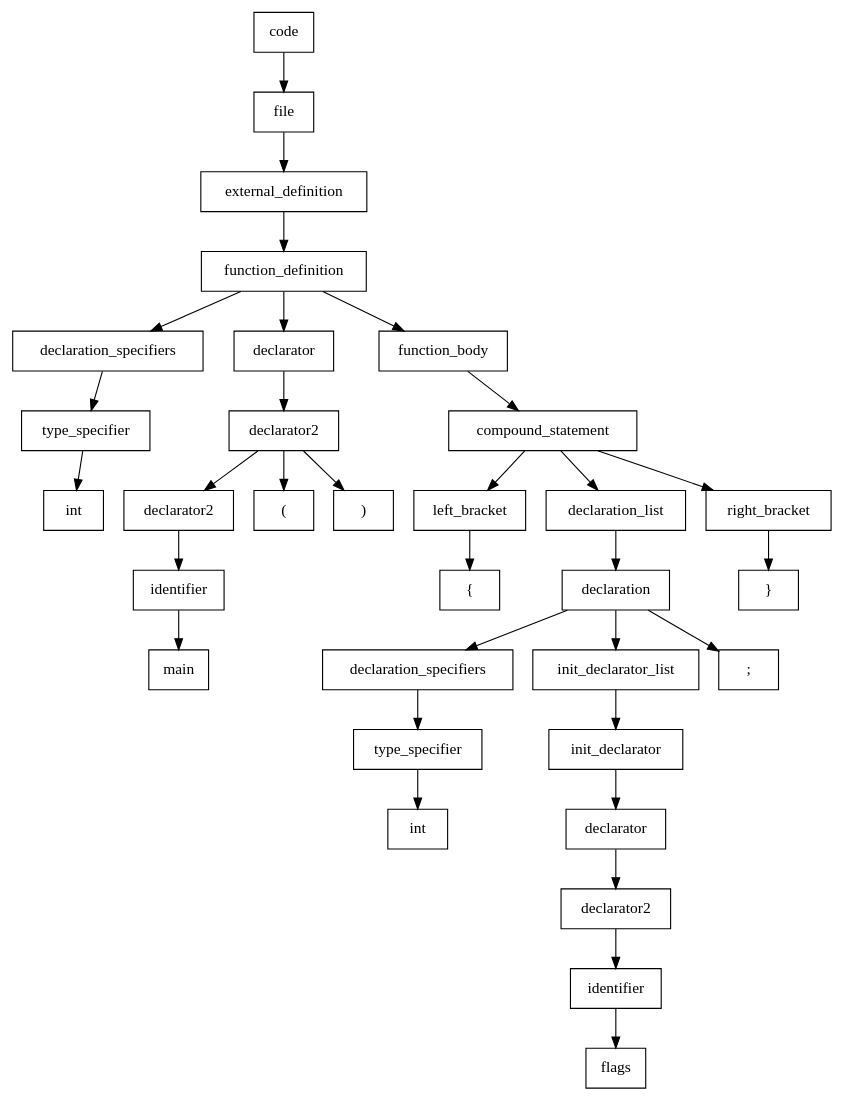
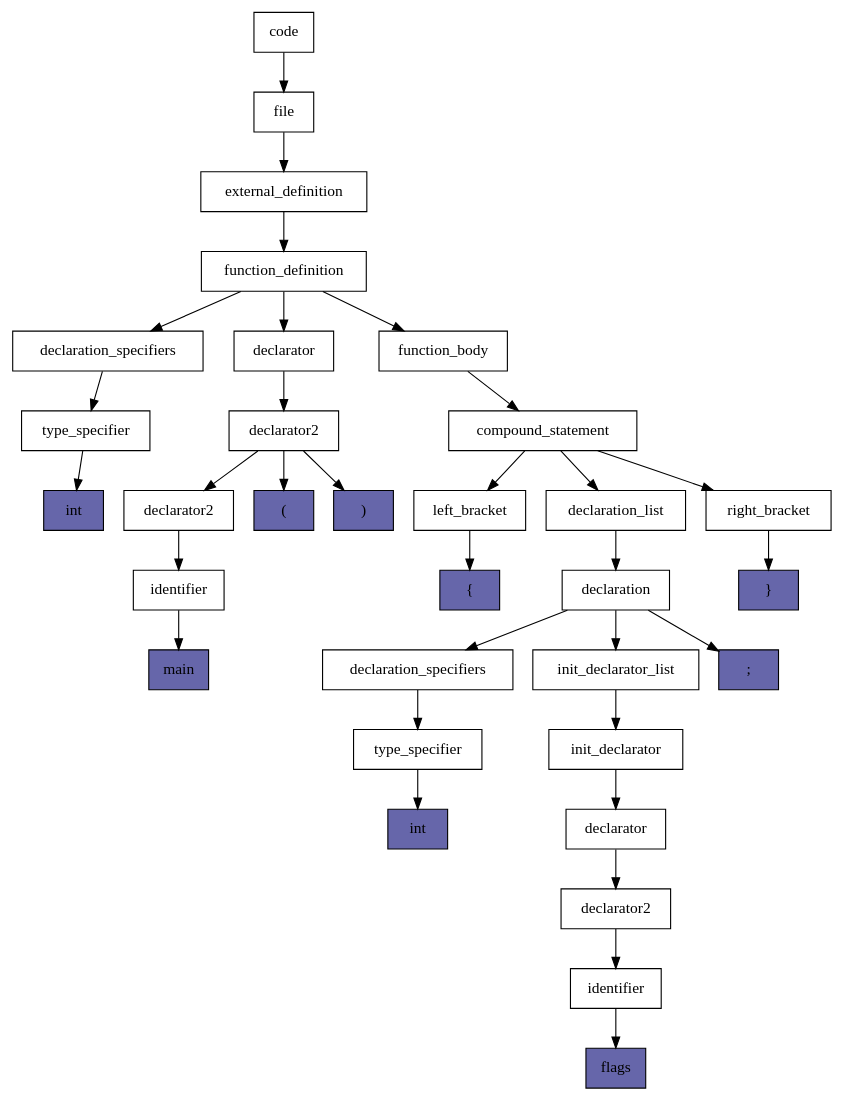
One commit to timtadh/pyflow changed the diagram in AST.dot. Above: the diagram before and after it, drawn with Graphviz. The commit also changed 8 other files, not shown here.

First line of the commit message:
Now automatically generates a PDF from graphviz.

```diff
--- a/AST.dot
+++ b/AST.dot
@@ -1,108 +1,108 @@
 digraph AST {
     node [shape=box];
     {
         rank=same; 
         1 [label=code];
     }
     {
         rank=same; 
         2 [label=file];
     }
     {
         rank=same; 
         3 [label=external_definition];
     }
     {
         rank=same; 
         4 [label=function_definition];
     }
     {
         rank=same; 
         5 [label=declaration_specifiers];
         8 [label=declarator];
         15 [label=function_body];
     }
     {
         rank=same; 
         6 [label=type_specifier];
         9 [label=declarator2];
         16 [label=compound_statement];
     }
     {
         rank=same; 
-        7 [label="int"];
+        7 [label="int", style=filled, fillcolor="#6666aa"];
         10 [label=declarator2];
-        13 [label="("];
-        14 [label=")"];
+        13 [label="(", style=filled, fillcolor="#6666aa"];
+        14 [label=")", style=filled, fillcolor="#6666aa"];
         17 [label=left_bracket];
         19 [label=declaration_list];
         31 [label=right_bracket];
     }
     {
         rank=same; 
         11 [label=identifier];
-        18 [label="{"];
+        18 [label="{", style=filled, fillcolor="#6666aa"];
         20 [label=declaration];
-        32 [label="}"];
+        32 [label="}", style=filled, fillcolor="#6666aa"];
     }
     {
         rank=same; 
-        12 [label="main"];
+        12 [label="main", style=filled, fillcolor="#6666aa"];
         21 [label=declaration_specifiers];
         24 [label=init_declarator_list];
-        30 [label=";"];
+        30 [label=";", style=filled, fillcolor="#6666aa"];
     }
     {
         rank=same; 
         22 [label=type_specifier];
         25 [label=init_declarator];
     }
     {
         rank=same; 
-        23 [label="int"];
+        23 [label="int", style=filled, fillcolor="#6666aa"];
         26 [label=declarator];
     }
     {
         rank=same; 
         27 [label=declarator2];
     }
     {
         rank=same; 
         28 [label=identifier];
     }
     {
         rank=same; 
-        29 [label="flags"];
+        29 [label="flags", style=filled, fillcolor="#6666aa"];
     }
     1 -> 2;
     2 -> 3;
     3 -> 4;
     4 -> 5;
     4 -> 8;
     4 -> 15;
     5 -> 6;
     8 -> 9;
     15 -> 16;
     6 -> 7;
     9 -> 10;
     9 -> 13;
     9 -> 14;
     16 -> 17;
     16 -> 19;
     16 -> 31;
     10 -> 11;
     17 -> 18;
     19 -> 20;
     31 -> 32;
     11 -> 12;
     20 -> 21;
     20 -> 24;
     20 -> 30;
     21 -> 22;
     24 -> 25;
     22 -> 23;
     25 -> 26;
     26 -> 27;
     27 -> 28;
     28 -> 29;
 }
```
